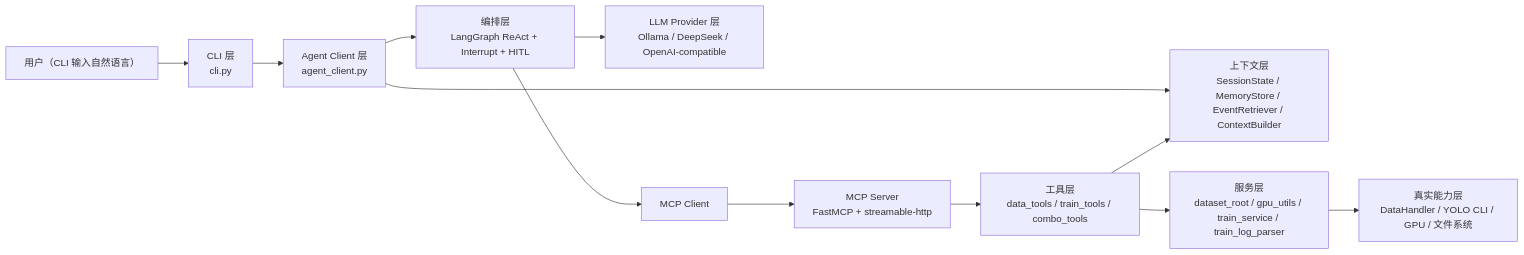
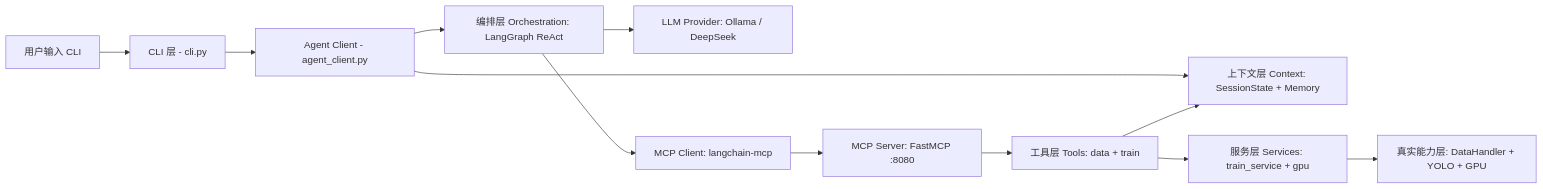
One commit to KLYkl/yolostudio-agent changed the third of 38 diagrams in doc/agent_architecture_learning_guide_2026-04-10.md. Above: the diagram before and after it, drawn with Mermaid. The commit also changed other lines of this file and 70 other files, not shown here.

````diff
--- a/doc/agent_architecture_learning_guide_2026-04-10.md
+++ b/doc/agent_architecture_learning_guide_2026-04-10.md
@@ -137,26 +183,26 @@
 ```mermaid
 flowchart LR
-    U["用户（CLI 输入自然语言）"]
-    CLI["CLI 层<br/>cli.py"]
-    AC["Agent Client 层<br/>agent_client.py"]
-    CTX["上下文层<br/>SessionState / MemoryStore / EventRetriever / ContextBuilder"]
-    ORCH["编排层<br/>LangGraph ReAct + Interrupt + HITL"]
-    LLM["LLM Provider 层<br/>Ollama / DeepSeek / OpenAI-compatible"]
-    MCP["MCP Client"]
-    SERVER["MCP Server<br/>FastMCP + streamable-http"]
-    TOOLS["工具层<br/>data_tools / train_tools / combo_tools"]
-    SVCS["服务层<br/>dataset_root / gpu_utils / train_service / train_log_parser"]
-    CORE["真实能力层<br/>DataHandler / YOLO CLI / GPU / 文件系统"]
+    U["用户输入 CLI"]
+    CLI["CLI 层 - cli.py"]
+    AC["Agent Client - agent_client.py"]
+    CTX["上下文层 Context: SessionState + Memory"]
+    ORCH["编排层 Orchestration: LangGraph ReAct"]
+    LLM["LLM Provider: Ollama / DeepSeek"]
+    MCP["MCP Client: langchain-mcp"]
+    SERVER["MCP Server: FastMCP :8080"]
+    TOOLS["工具层 Tools: data + train"]
+    SVCS["服务层 Services: train_service + gpu"]
+    CORE["真实能力层: DataHandler + YOLO + GPU"]
 
     U --> CLI
     CLI --> AC
     AC --> CTX
     AC --> ORCH
     ORCH --> LLM
     ORCH --> MCP
     MCP --> SERVER
     SERVER --> TOOLS
     TOOLS --> SVCS
     SVCS --> CORE
     TOOLS --> CTX
 ```
````
